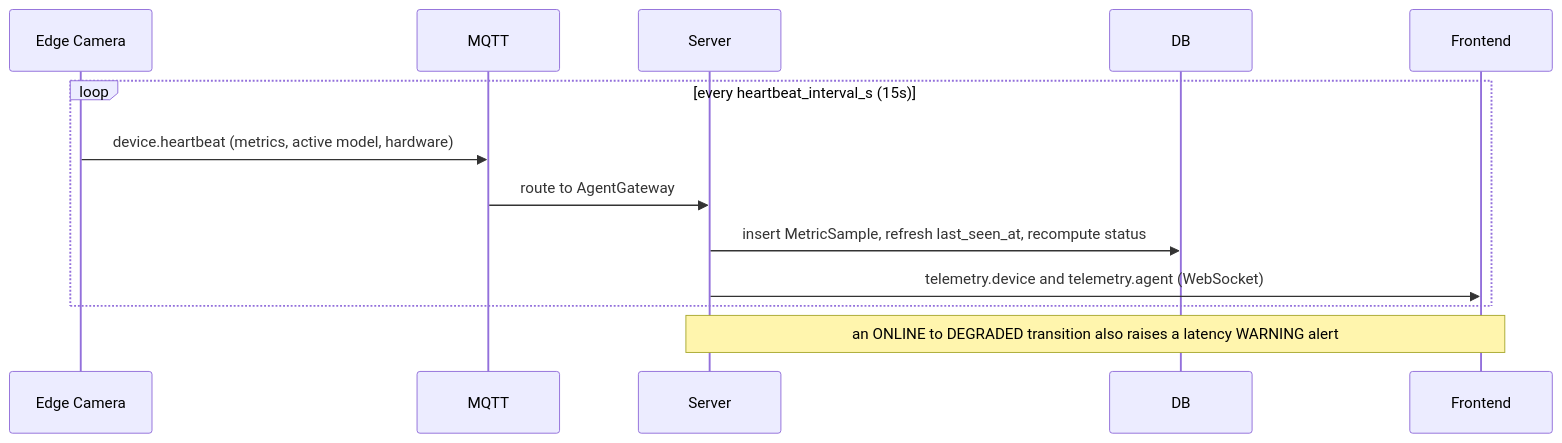
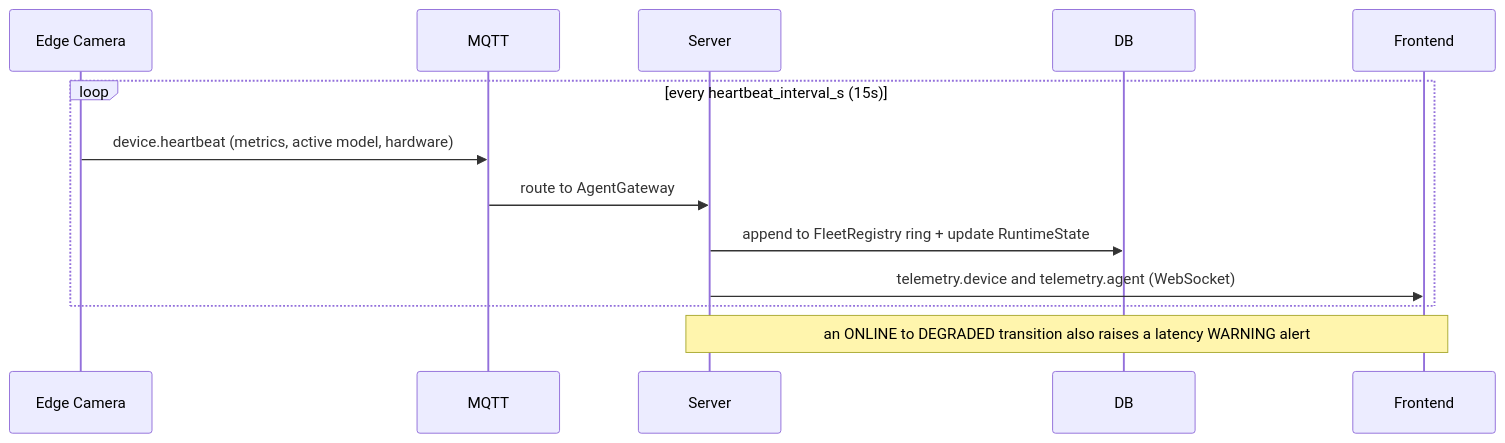
One commit to HipSayu/ai-edge-ops changed the second of 3 diagrams in docs/flows/edge-server/heartbeat.md. Above: the diagram before and after it, drawn with Mermaid. The commit also changed other lines of this file and 7 other files, not shown here.

First line of the commit message:
docs(flows): redraw deploy-model; refresh heartbeat / device-offline / command-ack

````diff
--- a/docs/flows/edge-server/heartbeat.md
+++ b/docs/flows/edge-server/heartbeat.md
@@ -50,16 +54,16 @@
 ```mermaid
 sequenceDiagram
     participant EC as Edge Camera
     participant MQTT as MQTT
     participant S as Server
     participant DB as DB
     participant FE as Frontend
 
     loop every heartbeat_interval_s (15s)
         EC->>MQTT: device.heartbeat (metrics, active model, hardware)
         MQTT->>S: route to AgentGateway
-        S->>DB: insert MetricSample, refresh last_seen_at, recompute status
+        S->>DB: append to FleetRegistry ring + update RuntimeState
         S->>FE: telemetry.device and telemetry.agent (WebSocket)
     end
     Note over S,FE: an ONLINE to DEGRADED transition also raises a latency WARNING alert
 ```
````
